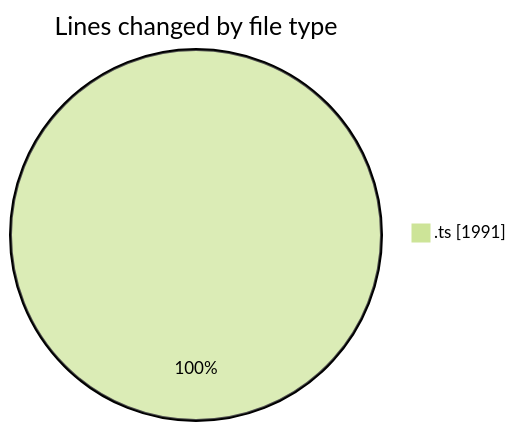
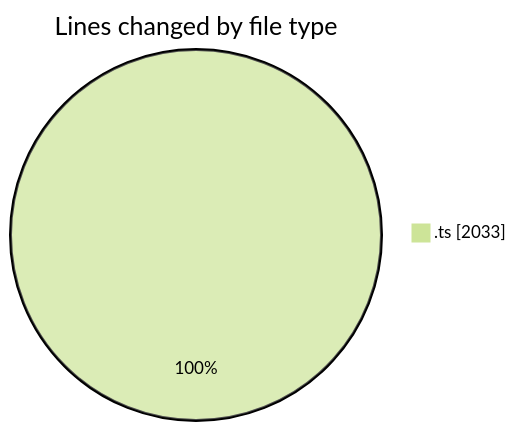
One commit to momahboobian/code-tracking changed the first of 2 diagrams in 2025-10-23/cda/README.md. Above: the diagram before and after it, drawn with Mermaid (forest theme). The commit also changed other lines of this file and 1 other file, not shown here.

````diff
--- a/2025-10-23/cda/README.md
+++ b/2025-10-23/cda/README.md
@@ -23,5 +23,5 @@
 ```mermaid
 pie showData
 title Lines changed by file type
-".ts" : 1991
+".ts" : 2033
 ```
````
